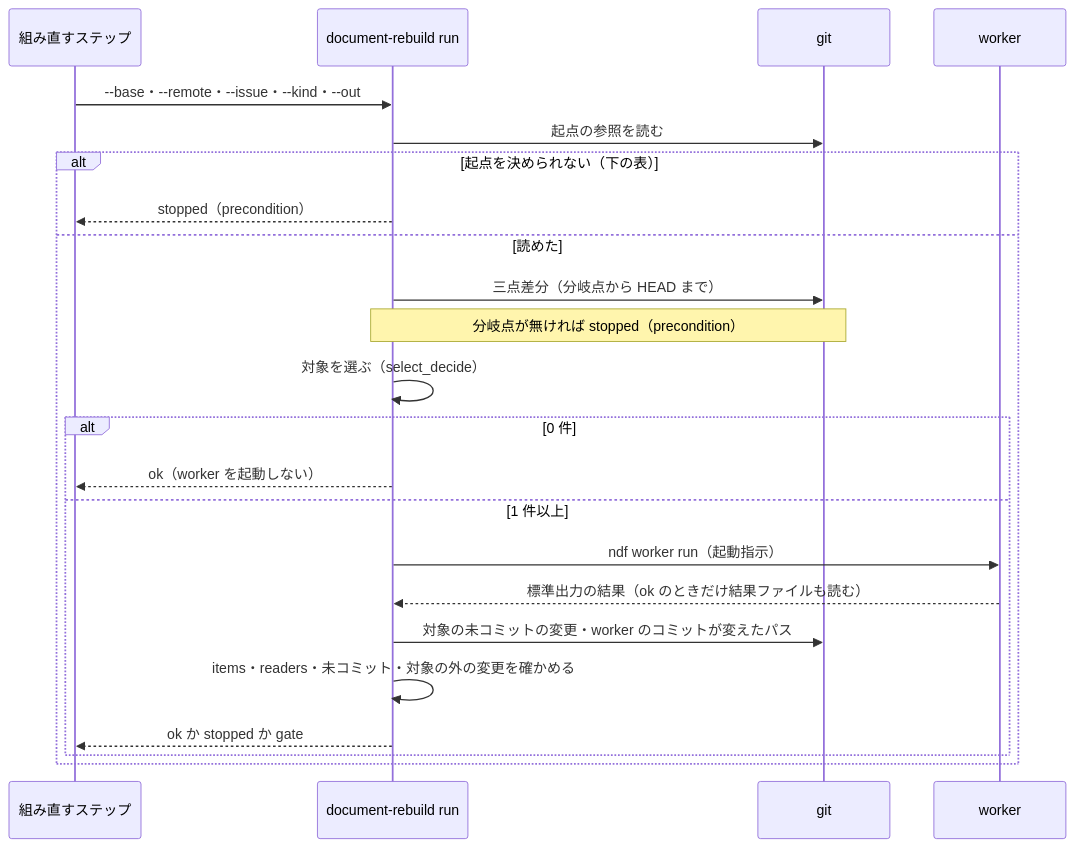
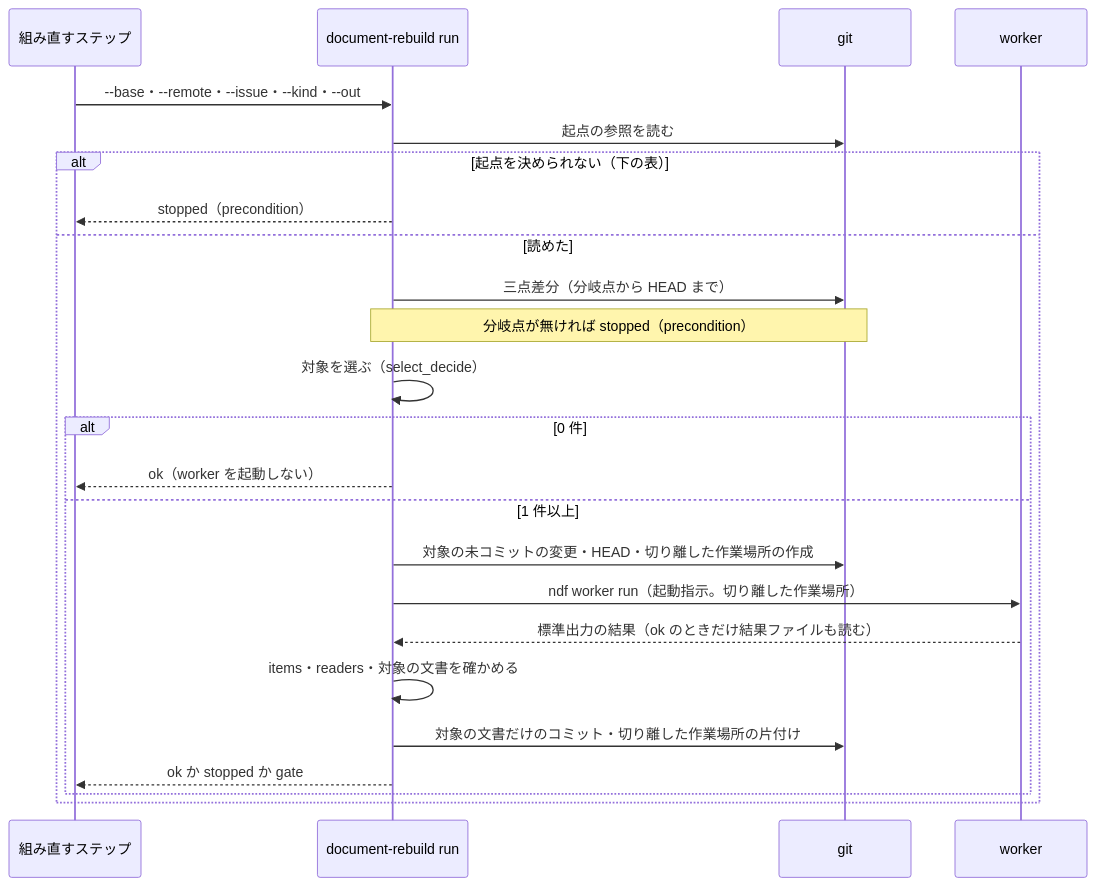
One commit to devbasex/ai-plugins changed the fourth of 4 diagrams in issues/issue-4337-design.md. Above: the diagram before and after it, drawn with Mermaid. The commit also changed other lines of this file, not shown here.

Commit message:
Docs: #4337 の設計で、worker を切り離した作業場所で動かし、確かめた文書と HEAD だけを push する形に改める （#4337）

````diff
--- a/issues/issue-4337-design.md
+++ b/issues/issue-4337-design.md
@@ -280,25 +316,26 @@
 ```mermaid
 sequenceDiagram
     participant S as 組み直すステップ
     participant R as document-rebuild run
     participant G as git
     participant W as worker
     S->>R: --base・--remote・--issue・--kind・--out
     R->>G: 起点の参照を読む
     alt 起点を決められない（下の表）
         R-->>S: stopped（precondition）
     else 読めた
         R->>G: 三点差分（分岐点から HEAD まで）
         Note over R,G: 分岐点が無ければ stopped（precondition）
         R->>R: 対象を選ぶ（select_decide）
         alt 0 件
             R-->>S: ok（worker を起動しない）
         else 1 件以上
-            R->>W: ndf worker run（起動指示）
+            R->>G: 対象の未コミットの変更・HEAD・切り離した作業場所の作成
+            R->>W: ndf worker run（起動指示。切り離した作業場所）
             W-->>R: 標準出力の結果（ok のときだけ結果ファイルも読む）
-            R->>G: 対象の未コミットの変更・worker のコミットが変えたパス
-            R->>R: items・readers・未コミット・対象の外の変更を確かめる
+            R->>R: items・readers・対象の文書を確かめる
+            R->>G: 対象の文書だけのコミット・切り離した作業場所の片付け
             R-->>S: ok か stopped か gate
         end
     end
 ```
````
